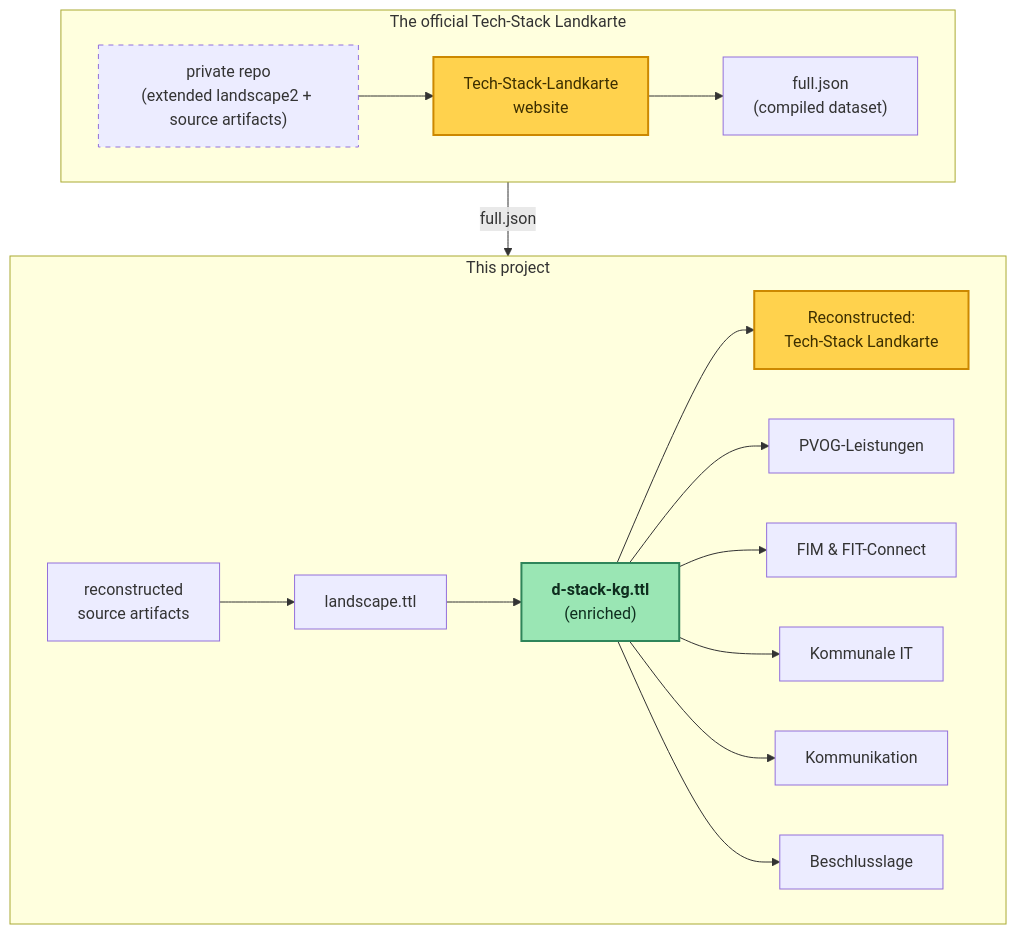
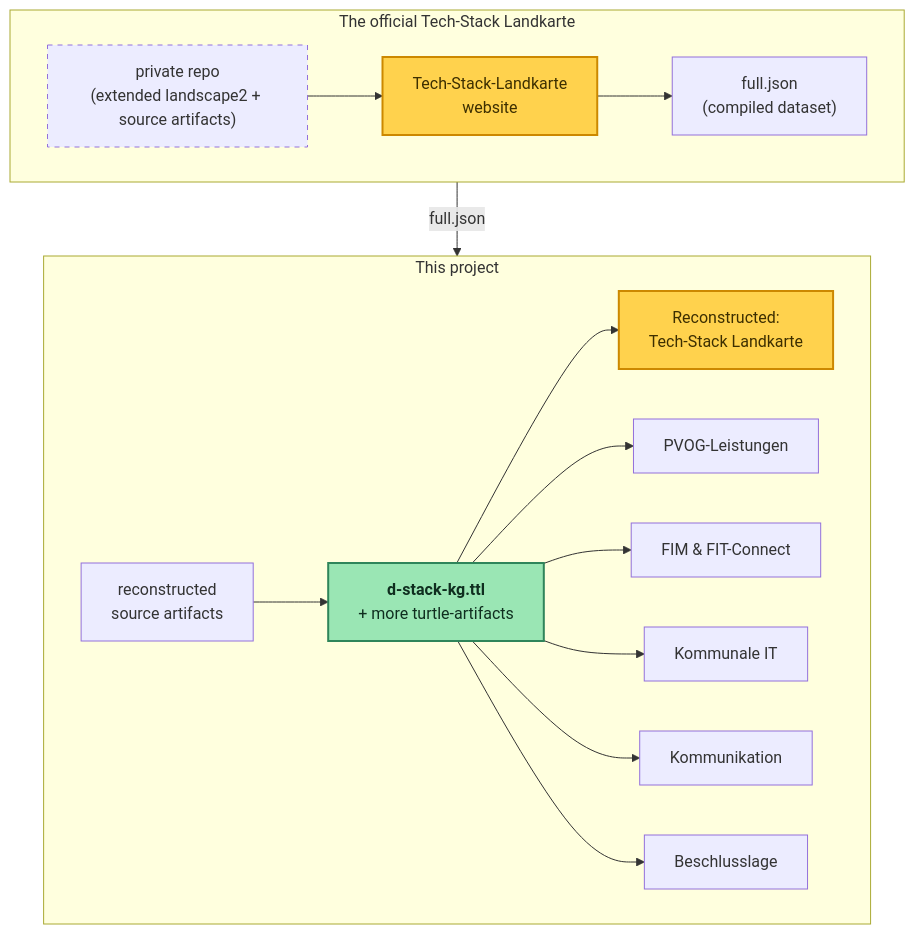
One commit to benjaminaaron/d-stack-kg changed the diagram in README.md. Above: the diagram before and after it, drawn with Mermaid. The commit also changed 3 other files, not shown here.

````diff
--- a/README.md
+++ b/README.md
@@ -24,26 +24,26 @@
 ```mermaid
     flowchart TB
     subgraph sq ["The official Tech-Stack Landkarte"]
         direction LR
         repo["private repo<br/>(extended landscape2 + source artifacts)"] --> site["Tech-Stack-Landkarte<br/>website"] --> json["full.json<br/>(compiled dataset)"]
     end
     subgraph kg ["This project"]
         direction LR
-        yml["reconstructed<br/>source artifacts"] --> ttl["landscape.ttl"] --> dstack["<b>d-stack-kg.ttl</b><br/>(enriched)"]
+        yml["reconstructed<br/>source artifacts"] --> dstack["<b>d-stack-kg.ttl</b><br/>+ more turtle-artifacts"]
         dstack --> roundtrip["Reconstructed:</br>Tech-Stack Landkarte"]
         dstack --> leistungen["PVOG-Leistungen"]
         dstack --> fachdaten["FIM &amp; FIT-Connect"]
         dstack --> kommune["Kommunale IT"]
         dstack --> komm["Kommunikation"]
         dstack --> beschluss["Beschlusslage"]
     end
     sq -- "full.json" --> kg
 
     classDef private stroke-dasharray:5 5
     classDef key fill:#ffd24d,stroke:#cc8800,color:#3d2f00,stroke-width:2px
     classDef goal fill:#9ae6b4,stroke:#2f855a,color:#0f2e1f,stroke-width:2px
     class repo private
     class site key
     class roundtrip key
     class dstack goal
 ```
````
